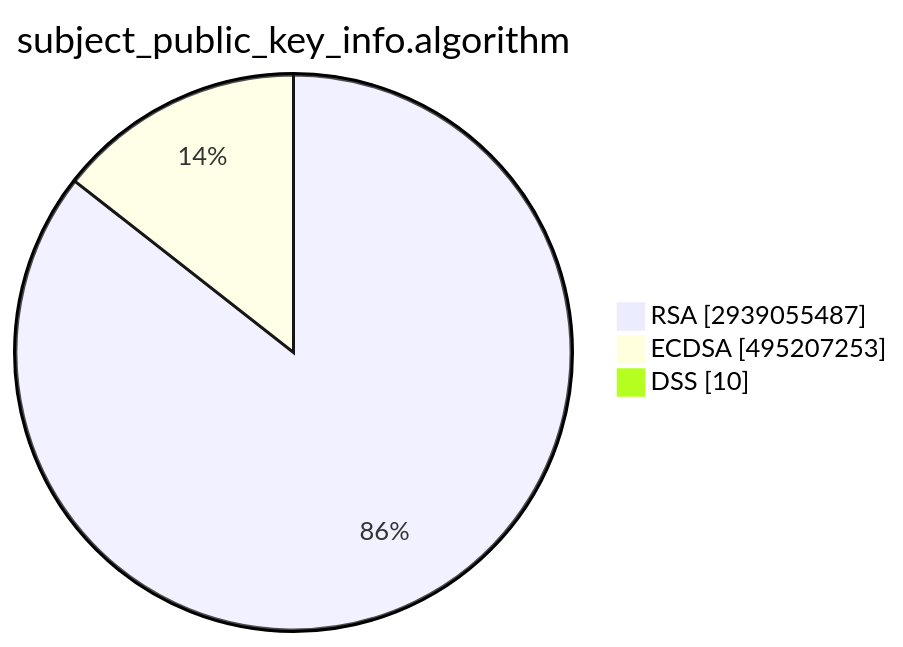
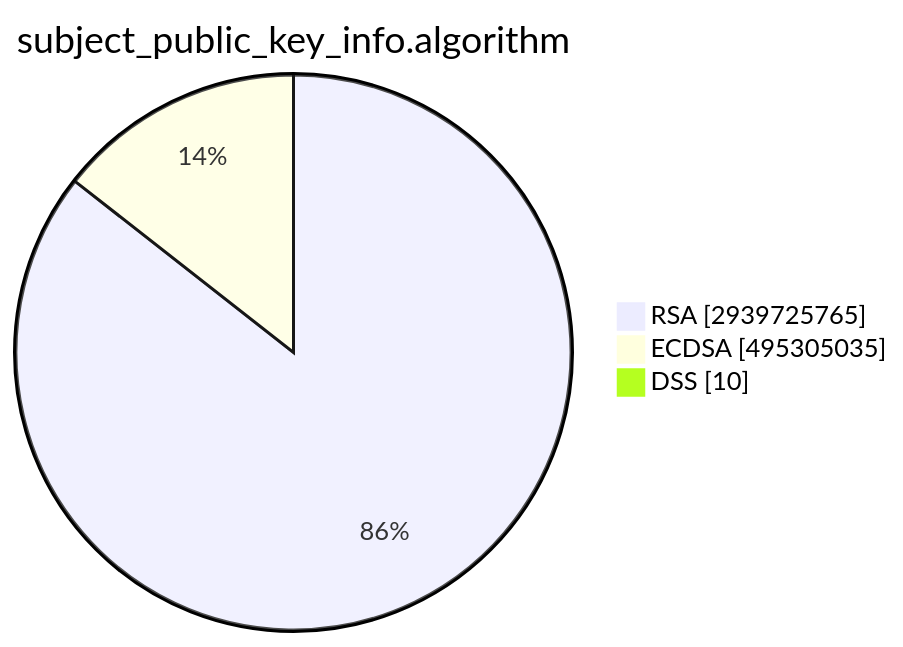
One commit to christiankrug/ctmonitor_visualization changed the second of 15 diagrams in TOTAL/README.md. Above: the diagram before and after it, drawn with Mermaid. The commit also changed other lines of this file, not shown here.

````diff
--- a/TOTAL/README.md
+++ b/TOTAL/README.md
@@ -6,7 +6,7 @@
 ```mermaid
 pie showData
 title subject_public_key_info.algorithm
-"RSA" :2939055487
-"ECDSA" :495207253
+"RSA" :2939725765
+"ECDSA" :495305035
 "DSS" :10
 ```
````
